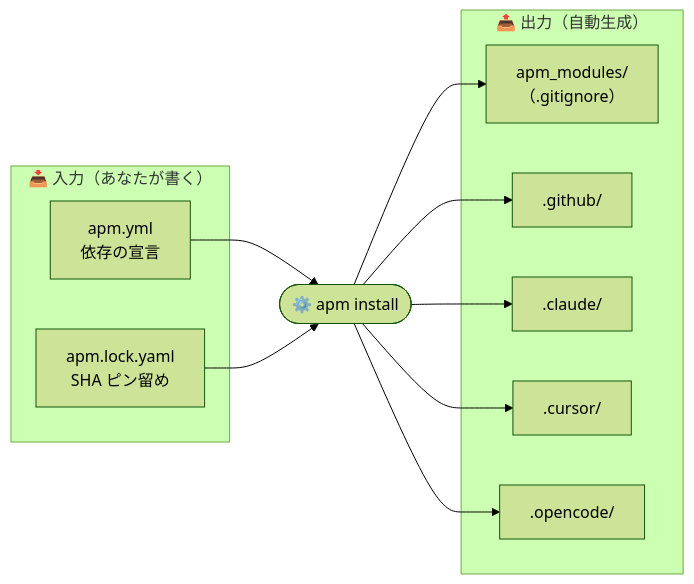
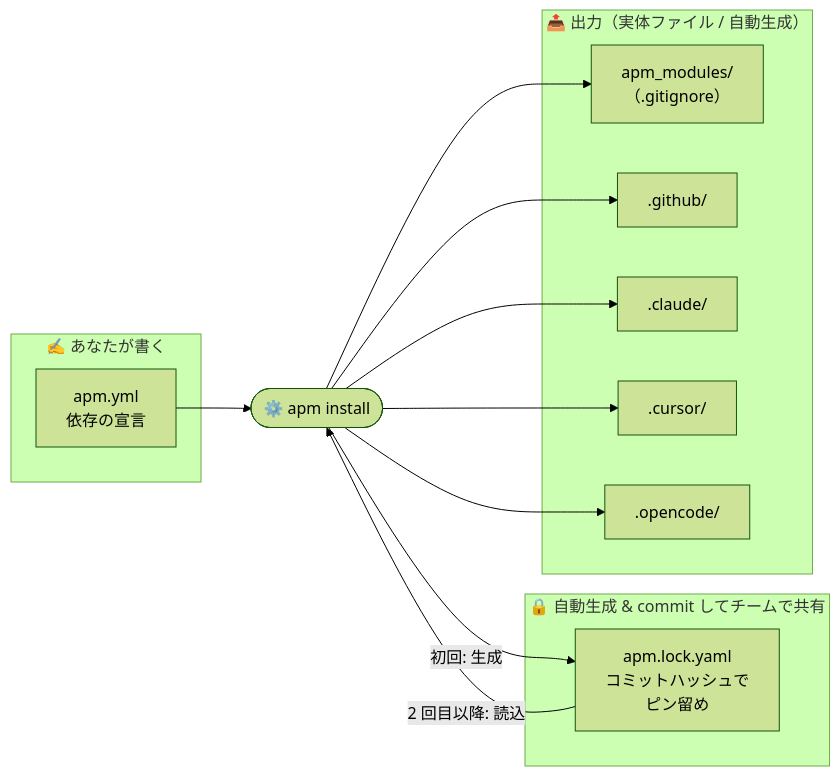
The third of 5 diagrams in articles/agent-package-manager-handson.md (ry0y4n/zenn-content), drawn with Mermaid (forest theme) before and after one commit. The commit also changed other lines of this file and 2 other files, not shown here.

````diff
--- a/articles/agent-package-manager-handson.md
+++ b/articles/agent-package-manager-handson.md
@@ -150,25 +150,29 @@
 ```mermaid
 flowchart LR
-    subgraph IN ["📥 入力（あなたが書く）"]
+    subgraph WRITE ["✍️ あなたが書く"]
         yml["apm.yml<br/>依存の宣言"]
-        lock["apm.lock.yaml<br/>SHA ピン留め"]
     end
 
     apm(["⚙️ apm install"])
 
-    subgraph OUT ["📤 出力（自動生成）"]
+    subgraph LOCK ["🔒 自動生成 & commit してチームで共有"]
+        lock["apm.lock.yaml<br/>コミットハッシュで<br/>ピン留め"]
+    end
+
+    subgraph OUT ["📤 出力（実体ファイル / 自動生成）"]
         mod["apm_modules/<br/>（.gitignore）"]
         gh[".github/"]
         cl[".claude/"]
         cu[".cursor/"]
         oc[".opencode/"]
     end
 
     yml --> apm
-    lock --> apm
+    apm -- 初回: 生成 --> lock
+    lock -- 2 回目以降: 読込 --> apm
     apm --> mod
     apm --> gh
     apm --> cl
     apm --> cu
     apm --> oc
 ```
````
